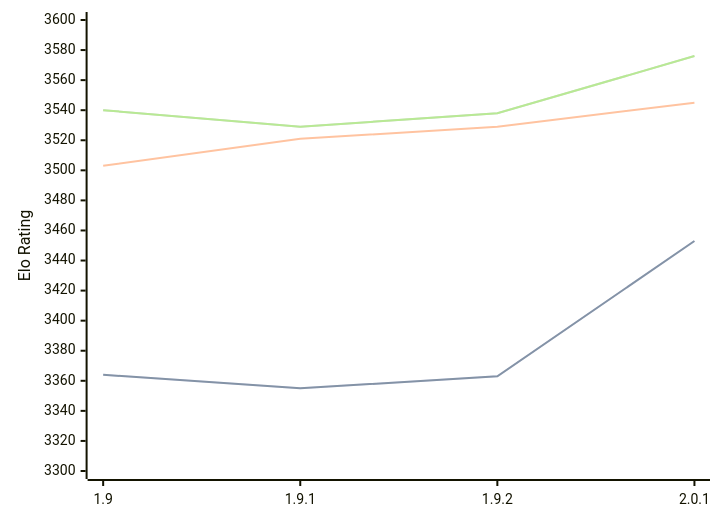
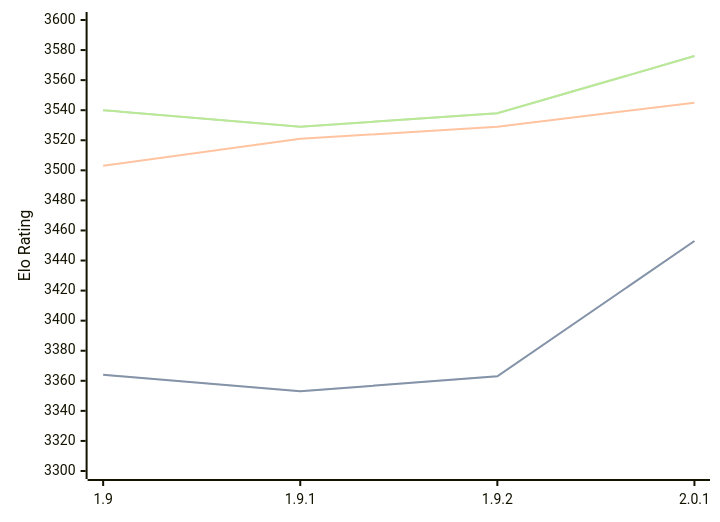
One commit to computer-chess-index/cci changed the diagram in engines/Pawnocchio.md. Above: the diagram before and after it, drawn with Mermaid. The commit also changed other lines of this file, not shown here.

````diff
--- a/engines/Pawnocchio.md
+++ b/engines/Pawnocchio.md
@@ -50,11 +50,11 @@
 ```mermaid
 %%{init: {"theme":"base","themeVariables":{"seriesColors:['#a3a3a3','#222221','#faa371']}}}%%
 xychart-beta
   x-axis ["1.9", "1.9.1", "1.9.2", "2.0.1"]
   y-axis "Elo Rating" 3300 --> 3600
-  line "STC (8.0+0.08s)" [3364, 3355, 3363, 3453]
-  line "STC (8.0+0.08s)" [3364, 3355, 3363, 3453]
+  line "STC (8.0+0.08s)" [3364, 3353, 3363, 3453]
+  line "STC (8.0+0.08s)" [3364, 3353, 3363, 3453]
   line "LTC (60.0+0.60s)" [3503, 3521, 3529, 3545]
   line "VLTC (2m24s+1.12s)" [3540, 3529, 3538, 3576]
   line "VLTC (2m24s+1.12s)" [3540, 3529, 3538, 3576]
 ```
````
